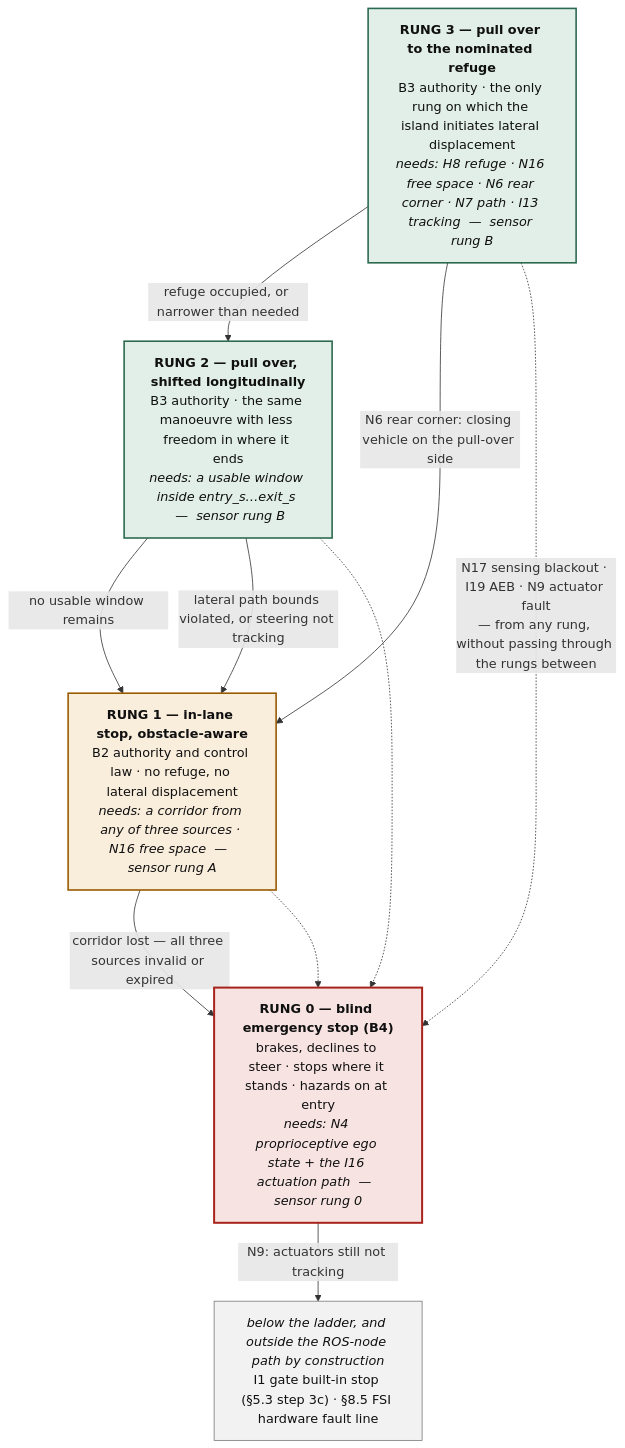
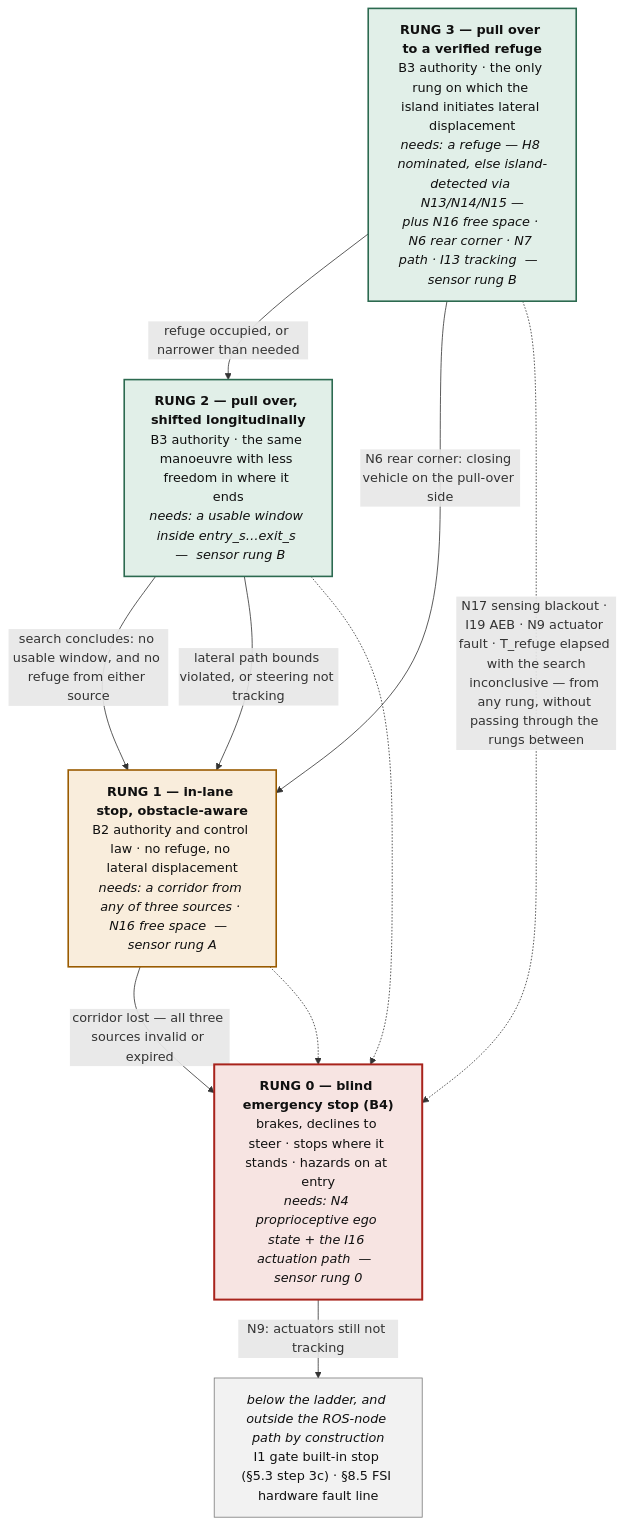
One commit to autowarefoundation/RFC_L4_SafetyIslandDesign changed the seventh of 13 diagrams in docs/L4SafetyIsland_SoftwareDesign_GitHub.md. Above: the diagram before and after it, drawn with Mermaid. The commit also changed other lines of this file and 8 other files, not shown here.

````diff
--- a/docs/L4SafetyIsland_SoftwareDesign_GitHub.md
+++ b/docs/L4SafetyIsland_SoftwareDesign_GitHub.md
@@ -1491,27 +1654,27 @@
 ```mermaid
 flowchart TB
-    R3["<b>RUNG 3 — pull over to the nominated refuge</b><br/>B3 authority · the only rung on which the island initiates lateral displacement<br/><i>needs: H8 refuge · N16 free space · N6 rear corner · N7 path · I13 tracking &nbsp;—&nbsp; sensor rung B</i>"]
+    R3["<b>RUNG 3 — pull over to a verified refuge</b><br/>B3 authority · the only rung on which the island initiates lateral displacement<br/><i>needs: a refuge — H8 nominated, else island-detected via N13/N14/N15 —<br/>plus N16 free space · N6 rear corner · N7 path · I13 tracking &nbsp;—&nbsp; sensor rung B</i>"]
     R2["<b>RUNG 2 — pull over, shifted longitudinally</b><br/>B3 authority · the same manoeuvre with less freedom in where it ends<br/><i>needs: a usable window inside entry_s…exit_s &nbsp;—&nbsp; sensor rung B</i>"]
     R1["<b>RUNG 1 — in-lane stop, obstacle-aware</b><br/>B2 authority and control law · no refuge, no lateral displacement<br/><i>needs: a corridor from any of three sources · N16 free space &nbsp;—&nbsp; sensor rung A</i>"]
     R0["<b>RUNG 0 — blind emergency stop (B4)</b><br/>brakes, declines to steer · stops where it stands · hazards on at entry<br/><i>needs: N4 proprioceptive ego state + the I16 actuation path &nbsp;—&nbsp; sensor rung 0</i>"]
     GATE["<i>below the ladder, and outside the ROS-node path by construction</i><br/>I1 gate built-in stop (§5.3 step 3c) · §8.5 FSI hardware fault line"]
 
     R3 -->|"refuge occupied, or narrower than needed"| R2
-    R2 -->|"no usable window remains"| R1
+    R2 -->|"search concludes: no usable window, and no refuge from either source"| R1
     R3 -->|"N6 rear corner: closing vehicle on the pull-over side"| R1
     R2 -->|"lateral path bounds violated, or steering not tracking"| R1
     R1 -->|"corridor lost — all three sources invalid or expired"| R0
-    R3 -.->|"N17 sensing blackout · I19 AEB · N9 actuator fault<br/>— from any rung, without passing through the rungs between"| R0
+    R3 -.->|"N17 sensing blackout · I19 AEB · N9 actuator fault · T_refuge elapsed with the search<br/>inconclusive — from any rung, without passing through the rungs between"| R0
     R2 -.-> R0
     R1 -.-> R0
     R0 -->|"N9: actuators still not tracking"| GATE
 
     classDef top fill:#e1efe8,stroke:#2c6a50,stroke-width:2px,color:#101010;
     classDef mid fill:#f9eddc,stroke:#9a5b00,stroke-width:2px,color:#101010;
     classDef floor fill:#f7e4e2,stroke:#a8231c,stroke-width:2.5px,color:#101010;
     classDef under fill:#f2f2f2,stroke:#7a7a7a,stroke-width:1px,color:#101010;
     class R3,R2 top;
     class R1 mid;
     class R0 floor;
     class GATE under;
 ```
````
